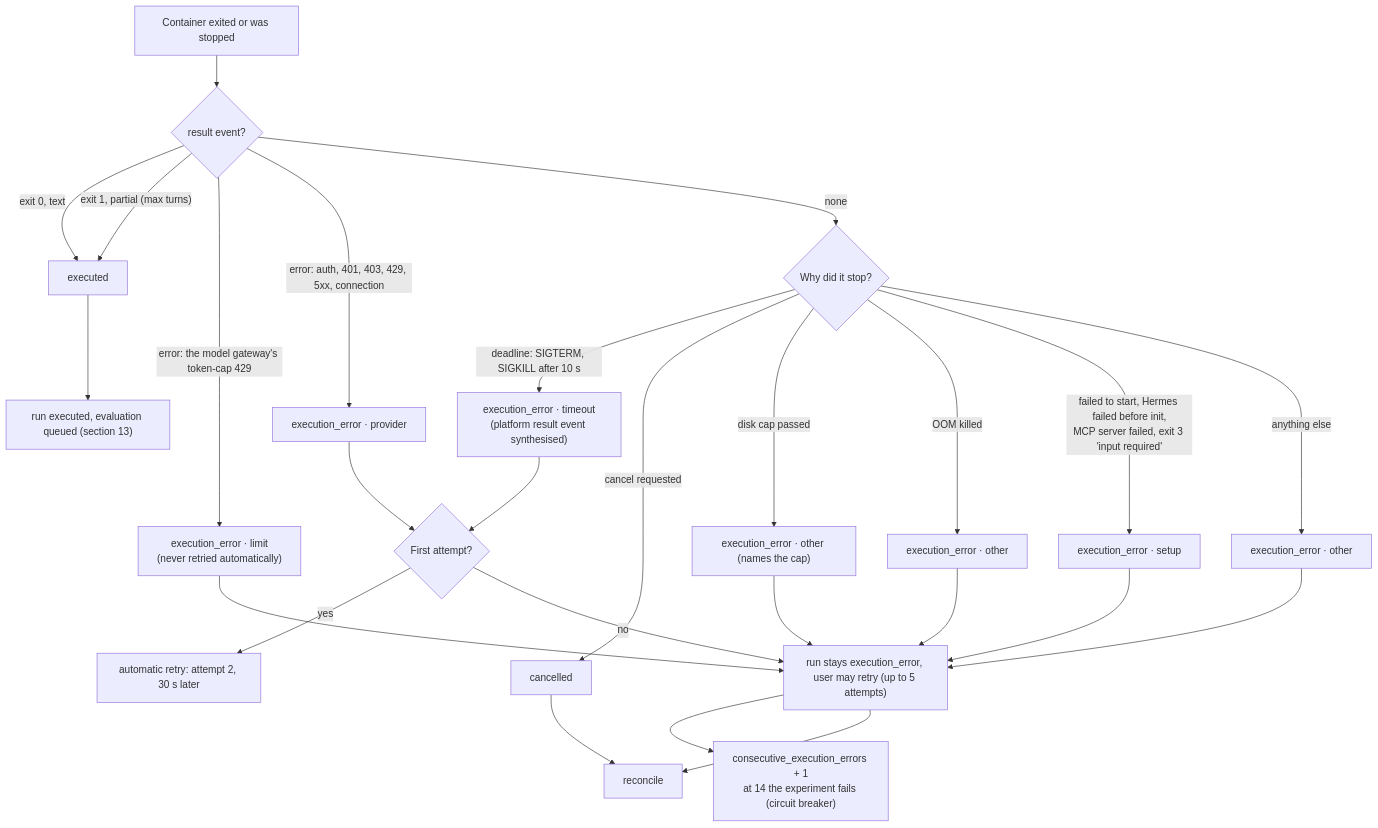
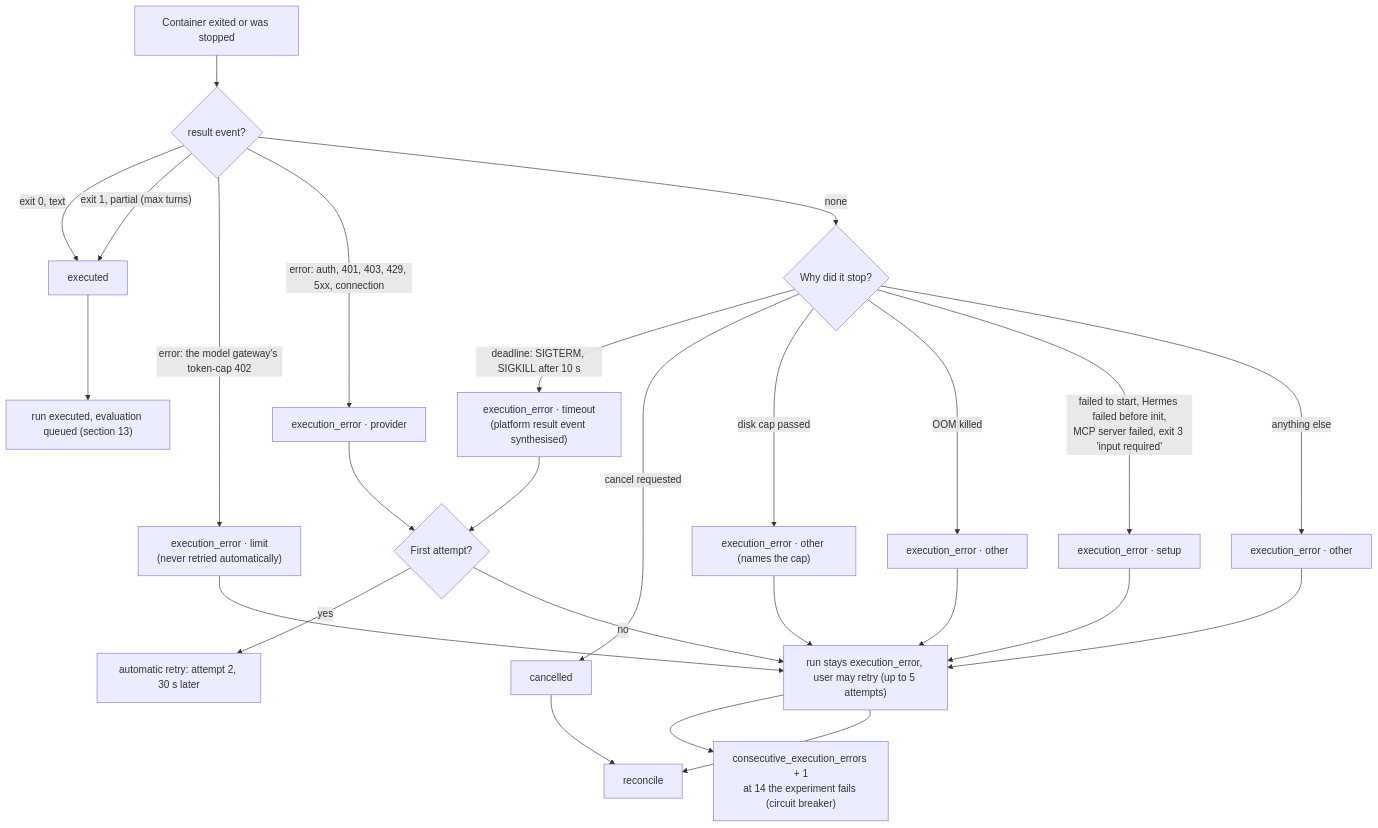
One commit to sasuke007/hermes-evals changed diagram 28 of 38 in UI_FLOWS.md. Above: the diagram before and after it, drawn with Mermaid. The commit also changed other lines of this file and 413 other files, not shown here.

````diff
--- a/UI_FLOWS.md
+++ b/UI_FLOWS.md
@@ -1023,29 +1024,29 @@
 ```mermaid
 flowchart TD
   X["Container exited or was stopped"] --> R{"result event?"}
   R -- "exit 0, text" --> EX["executed"]
   R -- "exit 1, partial (max turns)" --> EX
-  R -- "error: the model gateway's token-cap 429" --> LI["execution_error · limit<br/>(never retried automatically)"]
+  R -- "error: the model gateway's token-cap 402" --> LI["execution_error · limit<br/>(never retried automatically)"]
   R -- "error: auth, 401, 403, 429, 5xx, connection" --> PV["execution_error · provider"]
   R -- none --> W{"Why did it stop?"}
   W -- "deadline: SIGTERM, SIGKILL after 10 s" --> TO["execution_error · timeout<br/>(platform result event synthesised)"]
   W -- "cancel requested" --> CA["cancelled"]
   W -- "disk cap passed" --> DK["execution_error · other (names the cap)"]
   W -- "OOM killed" --> OM["execution_error · other"]
   W -- "failed to start, Hermes failed before init,<br/>MCP server failed, exit 3 'input required'" --> SE["execution_error · setup"]
   W -- "anything else" --> OT["execution_error · other"]
 
   EX --> EV["run executed, evaluation queued (section 13)"]
   PV --> AR{"First attempt?"}
   TO --> AR
   AR -- yes --> RQ["automatic retry: attempt 2, 30 s later"]
   AR -- no --> FE["run stays execution_error, user may retry (up to 5 attempts)"]
   SE --> FE
   LI --> FE
   DK --> FE
   OM --> FE
   OT --> FE
   CA --> RC["reconcile"]
   FE --> CB["consecutive_execution_errors + 1<br/>at 14 the experiment fails (circuit breaker)"]
   FE --> RC
 ```
````
